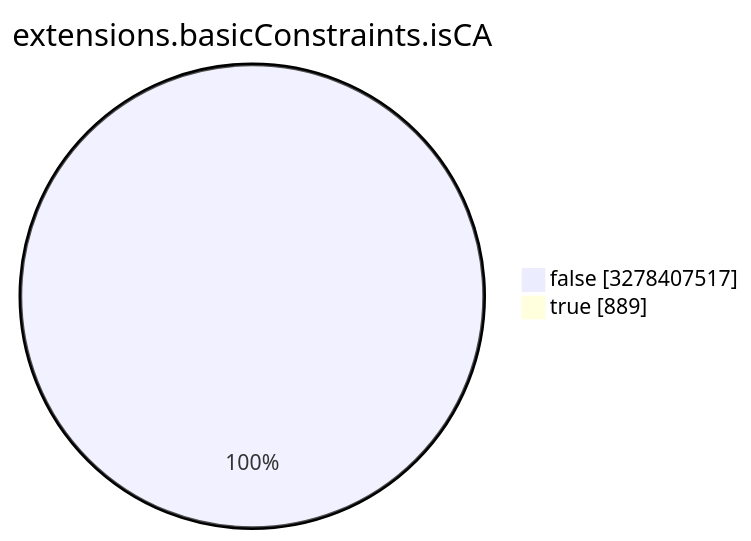
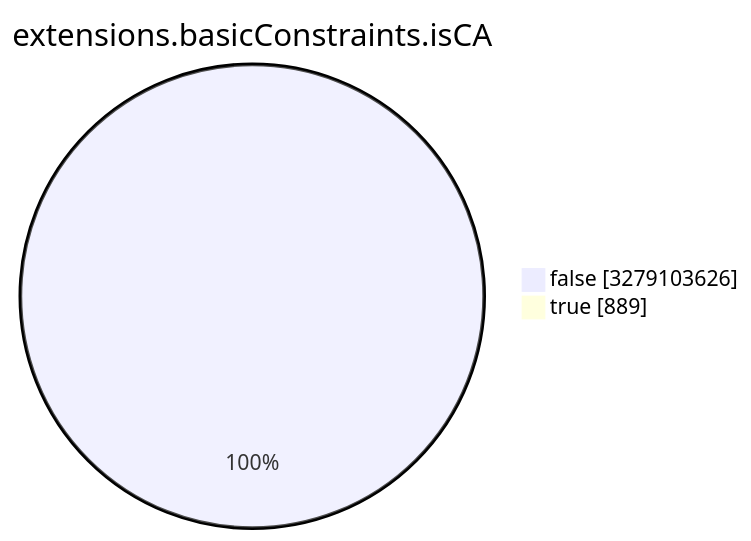
The seventh of 15 diagrams in TOTAL/README.md (christiankrug/ctmonitor_visualization), drawn with Mermaid before and after one commit. The commit also changed other lines of this file, not shown here.

````diff
--- a/TOTAL/README.md
+++ b/TOTAL/README.md
@@ -3089,6 +3089,6 @@
 ```mermaid
 pie showData
 title extensions.basicConstraints.isCA
-"false" :3278407517
+"false" :3279103626
 "true" :889
 ```
````
